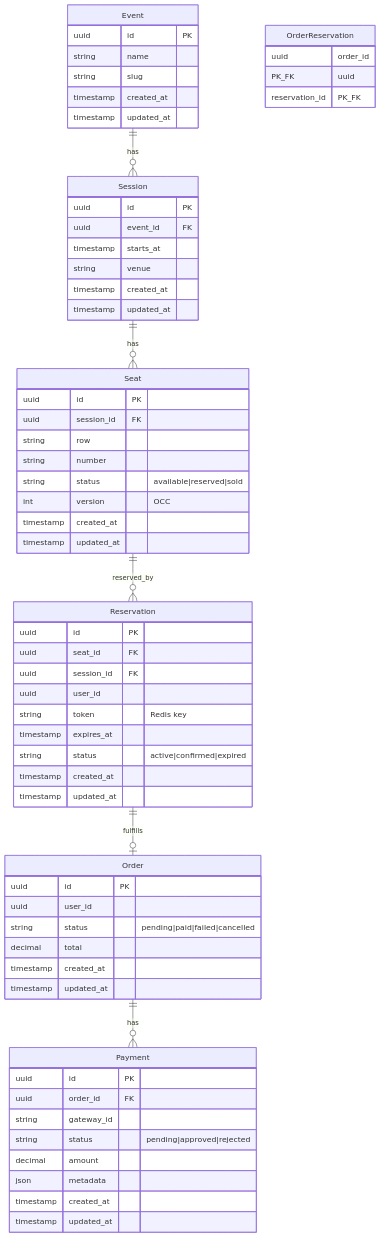
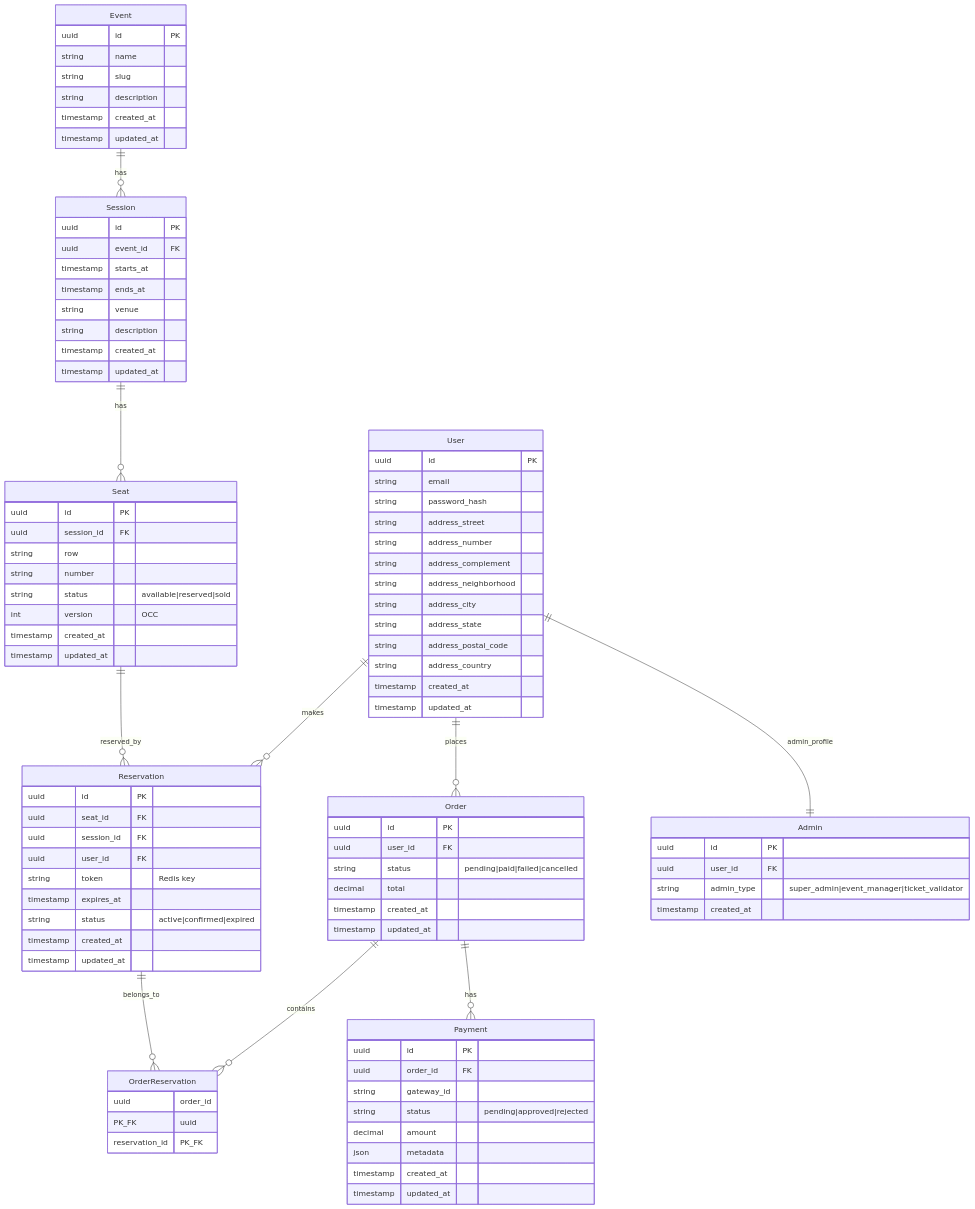
Before and after one commit to Lucasmirandac/tickets: the diagram in README.md, drawn with Mermaid. The commit also changed other lines of this file, not shown here.

Commit message:
✨ Update README.md to reflect user and admin entity changes
- Added User and Admin entities with relevant fields for authentication and management.
- Updated relationships for Reservation and Order to include user associations.
- Enhanced event and session descriptions to include new attributes.
- Clarified the roles and functionalities of User and Admin in the system.

```diff
--- a/README.md
+++ b/README.md
@@ -77,13 +77,18 @@
   Event ||--o{ Session : has
   Session ||--o{ Seat : has
   Seat ||--o{ Reservation : "reserved_by"
-  Reservation ||--o| Order : "fulfills"
+  User ||--o{ Reservation : "makes"
+  User ||--o{ Order : "places"
+  User ||--|| Admin : "admin_profile"
+  Reservation ||--o{ OrderReservation : "belongs_to"
+  Order ||--o{ OrderReservation : "contains"
   Order ||--o{ Payment : has
 
   Event {
     uuid id PK
     string name
     string slug
+    string description
     timestamp created_at
     timestamp updated_at
   }
@@ -92,7 +97,9 @@
     uuid id PK
     uuid event_id FK
     timestamp starts_at
+    timestamp ends_at
     string venue
+    string description
     timestamp created_at
     timestamp updated_at
   }
@@ -108,11 +115,34 @@
     timestamp updated_at
   }
 
+  User {
+    uuid id PK
+    string email
+    string password_hash
+    string address_street
+    string address_number
+    string address_complement
+    string address_neighborhood
+    string address_city
+    string address_state
+    string address_postal_code
+    string address_country
+    timestamp created_at
+    timestamp updated_at
+  }
+
+  Admin {
+    uuid id PK
+    uuid user_id FK
+    string admin_type "super_admin|event_manager|ticket_validator"
+    timestamp created_at
+  }
+
   Reservation {
     uuid id PK
     uuid seat_id FK
     uuid session_id FK
-    uuid user_id
+    uuid user_id FK
     string token "Redis key"
     timestamp expires_at
     string status "active|confirmed|expired"
@@ -122,7 +152,7 @@
 
   Order {
     uuid id PK
-    uuid user_id
+    uuid user_id FK
     string status "pending|paid|failed|cancelled"
     decimal total
     timestamp created_at
```
